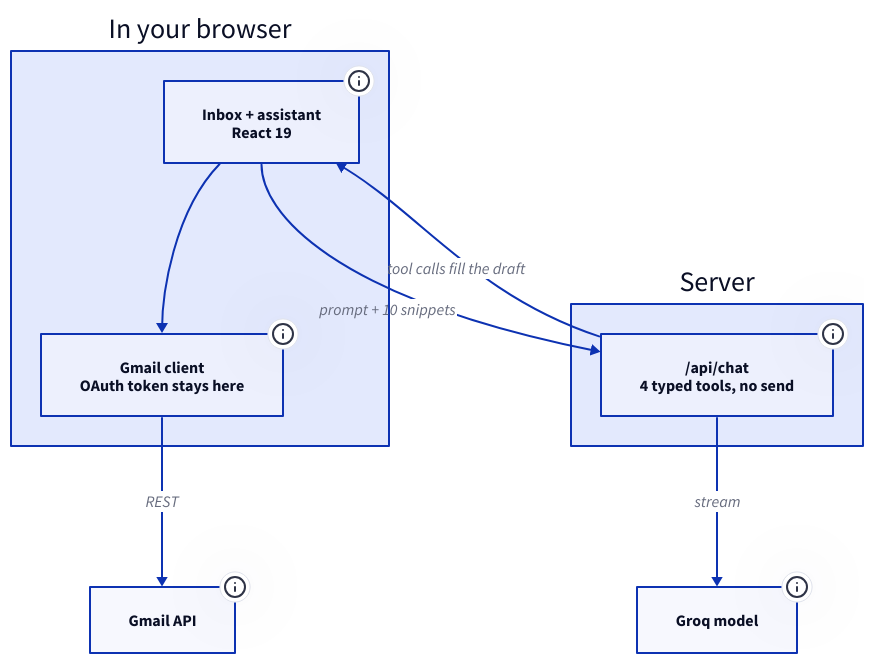
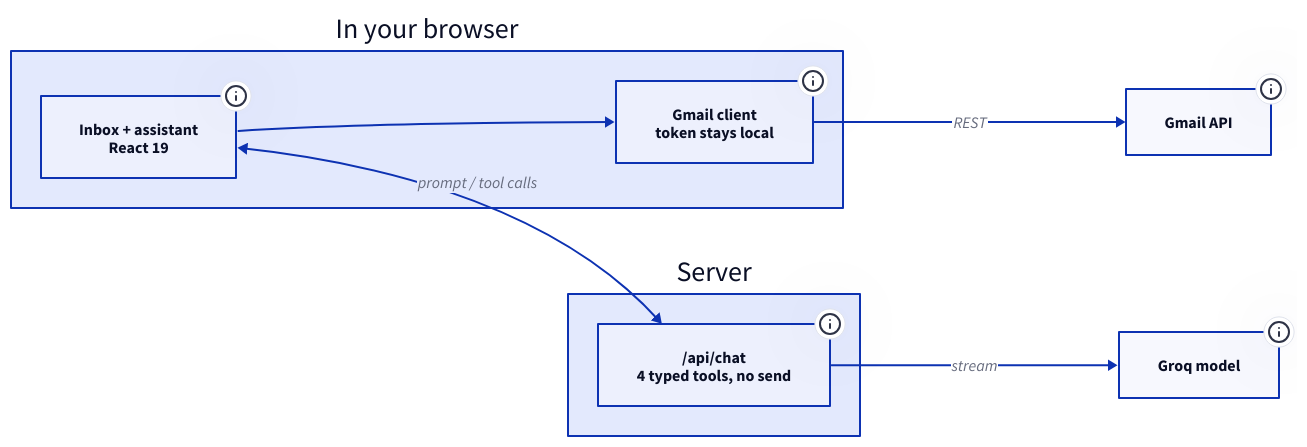
Before and after one commit to kunalgoesbyken/portfoliov1: the diagram in data/projects/diagrams/mailflow-ai-system.d2, drawn with D2. The commit also changed 35 other files, not shown here.

Commit message:
Horizontal diagrams with side detail panel, uniform screenshot frames, direct project cards

```diff
--- a/data/projects/diagrams/mailflow-ai-system.d2
+++ b/data/projects/diagrams/mailflow-ai-system.d2
@@ -1,37 +1,36 @@
-direction: down
+direction: right
 
 browser: In your browser {
   class: zone
   ui: Inbox + assistant\nReact 19 {
     class: client
     tooltip: "One Zustand store holds mail per mailbox, filters, the open thread and the composer, so a filter change never re-renders the compose window. A 30-second sync refreshes the current view; fixing its effect dependencies cut 640 requests in 11 s to 3."
   }
-  gmail: Gmail client\nOAuth token stays here {
+  gmail: Gmail client\ntoken stays local {
     class: service
     tooltip: "OAuth code exchange, token storage and every Gmail REST call run in the browser, so there is no mail backend. Messages are fetched with Promise.allSettled, so one broken message never empties the inbox, and HTML bodies are sanitised with DOMPurify."
   }
   ui -> gmail
 }
 
 server: Server {
   class: zone
   chat: /api/chat\n4 typed tools, no send {
     class: service
     tooltip: "One streaming route on the Vercel AI SDK. The model gets openEmail, navigateView, composeEmail and replyToEmail as Zod-typed tools and no way to send mail. Context is capped at the ten most recent emails as 100-character snippets."
   }
 }
 
 google: Gmail API {
   class: external
   tooltip: "Called directly from the browser with the user's own token and the gmail.modify scope."
 }
 
 llm: Groq model {
   class: model
   tooltip: "openai/gpt-oss-120b on Groq, streamed back token by token."
 }
 
 browser.gmail -> google: REST
-browser.ui -> server.chat: prompt + 10 snippets
+browser.ui <-> server.chat: prompt / tool calls
 server.chat -> llm: stream
-server.chat -> browser.ui: tool calls fill the draft
```
